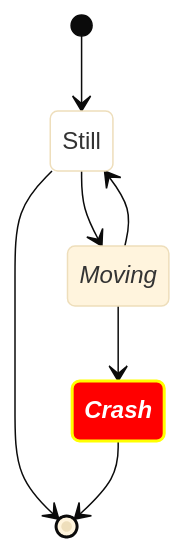
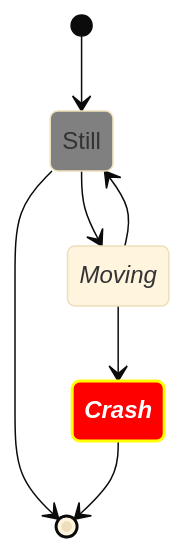
One commit to Kietpawpan/pdpa changed the seventh of 7 diagrams in README.md. Above: the diagram before and after it, drawn with Mermaid (base theme).

````diff
--- a/README.md
+++ b/README.md
@@ -141,18 +141,18 @@
 ```mermaid
 stateDiagram
    direction TB
 
    accTitle: e-Tracking Risk
    accDescr: This is an accessible description
 
-   classDef notMoving fill:white
+   classDef notMoving fill:grey
    classDef movement font-style:italic;
    classDef badBadEvent fill:#f00,color:white,font-weight:bold,stroke-width:2px,stroke:yellow
 
    [*] --> Still:::notMoving
    Still --> [*]
    Still --> Moving:::movement
    Moving --> Still
    Moving --> Crash:::movement
    Crash:::badBadEvent --> [*]
 ```
````
